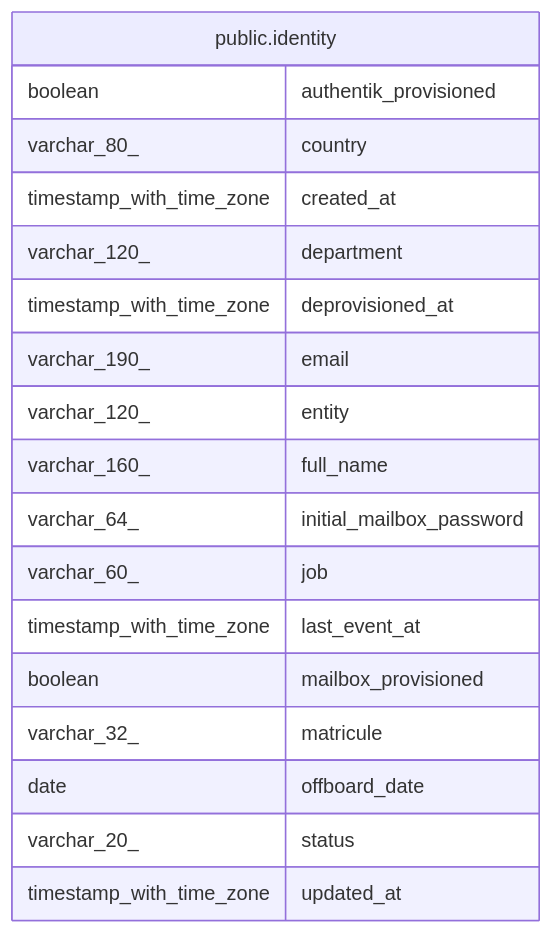
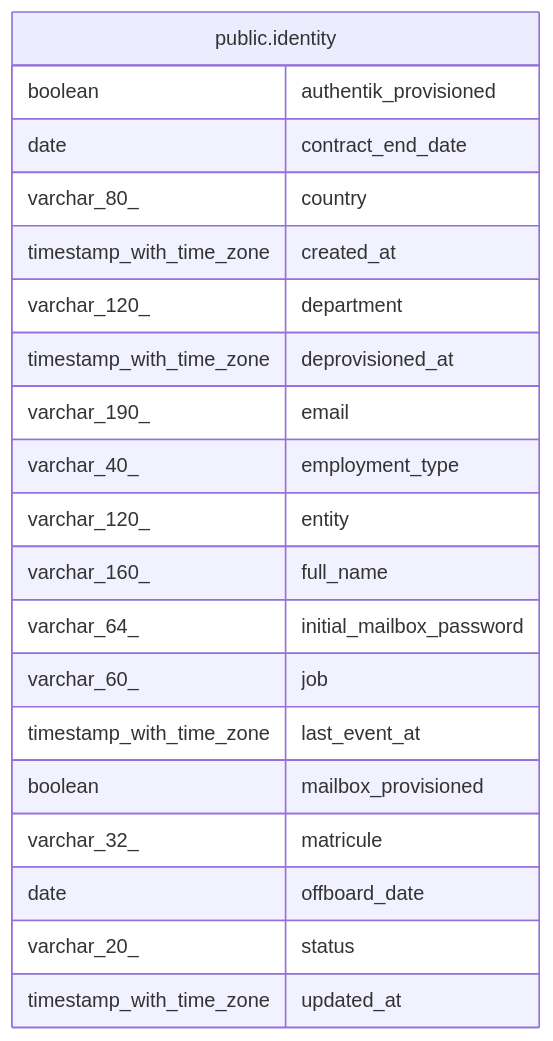
The diagram in backend/docs/data-model/public.identity.md (andrelair-platform/ktayl-iam), drawn with Mermaid before and after one commit. The commit also changed other lines of this file and 7 other files, not shown here.

````diff
--- a/backend/docs/data-model/public.identity.md
+++ b/backend/docs/data-model/public.identity.md
@@ -39,23 +41,25 @@
 ```mermaid
 erDiagram
 
 
 "public.identity" {
   boolean authentik_provisioned
+  date contract_end_date
   varchar_80_ country
   timestamp_with_time_zone created_at
   varchar_120_ department
   timestamp_with_time_zone deprovisioned_at
   varchar_190_ email
+  varchar_40_ employment_type
   varchar_120_ entity
   varchar_160_ full_name
   varchar_64_ initial_mailbox_password
   varchar_60_ job
   timestamp_with_time_zone last_event_at
   boolean mailbox_provisioned
   varchar_32_ matricule
   date offboard_date
   varchar_20_ status
   timestamp_with_time_zone updated_at
 }
 ```
````
